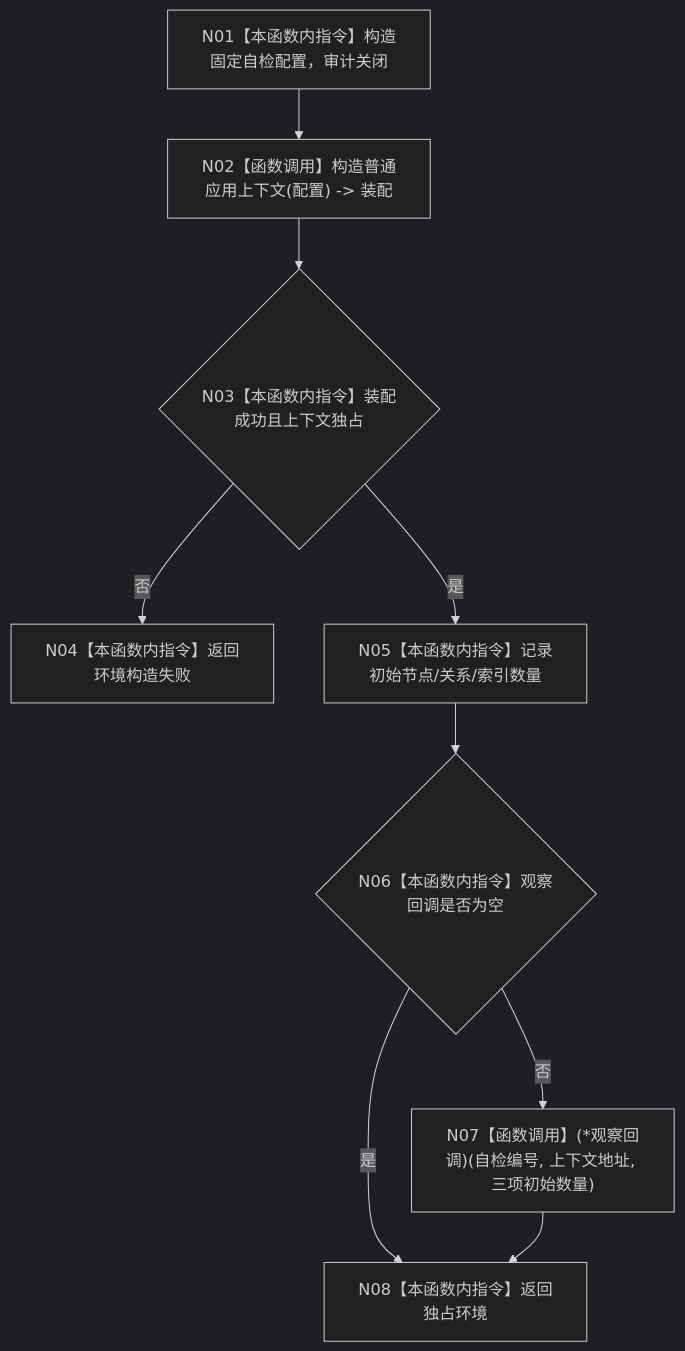
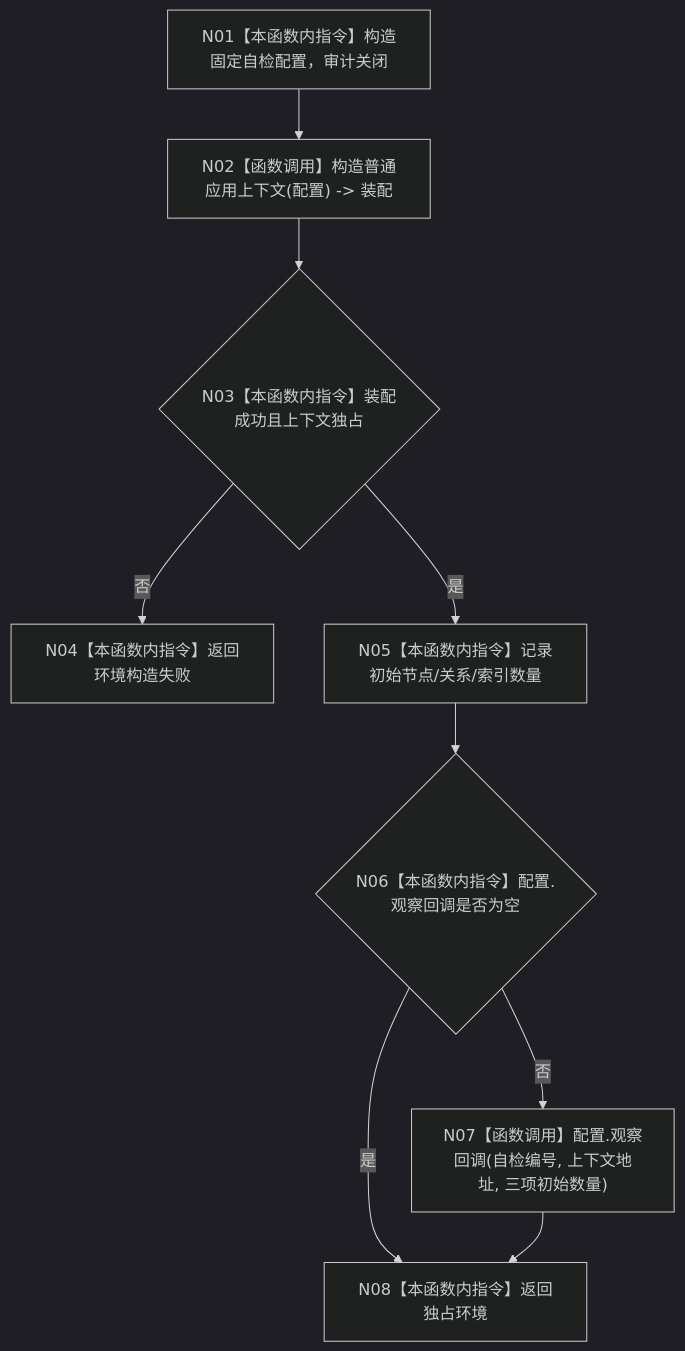
One commit to chunhaizh-cyber/HY-Ego changed the diagram in 流程图/20260726_ENTRY-ONLY_F18_构造入口初始化自检环境_施工流程图_v0.1.md. Above: the diagram before and after it, drawn with Mermaid (dark theme). The commit also changed other lines of this file and 51 other files, not shown here.

````diff
--- a/流程图/20260726_ENTRY-ONLY_F18_构造入口初始化自检环境_施工流程图_v0.1.md
+++ b/流程图/20260726_ENTRY-ONLY_F18_构造入口初始化自检环境_施工流程图_v0.1.md
@@ -28,11 +28,11 @@
 ```mermaid
 flowchart TD
     N01["N01【本函数内指令】构造固定自检配置，审计关闭"] --> N02["N02【函数调用】构造普通应用上下文(配置) -> 装配"]
     N02 --> N03{"N03【本函数内指令】装配成功且上下文独占"}
     N03 -- "否" --> N04["N04【本函数内指令】返回环境构造失败"]
     N03 -- "是" --> N05["N05【本函数内指令】记录初始节点/关系/索引数量"]
-    N05 --> N06{"N06【本函数内指令】观察回调是否为空"}
-    N06 -- "否" --> N07["N07【函数调用】(*观察回调)(自检编号, 上下文地址, 三项初始数量)"]
+    N05 --> N06{"N06【本函数内指令】配置.观察回调是否为空"}
+    N06 -- "否" --> N07["N07【函数调用】配置.观察回调(自检编号, 上下文地址, 三项初始数量)"]
     N06 -- "是" --> N08["N08【本函数内指令】返回独占环境"]
     N07 --> N08
 ```
````
